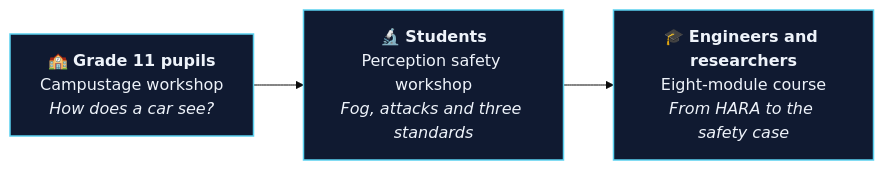
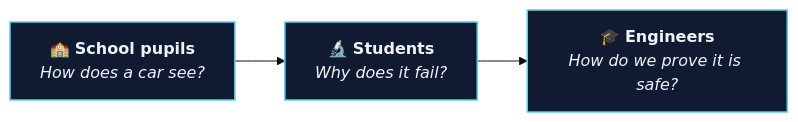
The diagram in README.md (milinpatel07/milinpatel07), drawn with Mermaid (base theme) before and after one commit. The commit also changed other lines of this file and 5 other files, not shown here.

````diff
--- a/README.md
+++ b/README.md
@@ -148,7 +105,7 @@
 ```mermaid
 flowchart LR
-    A["🏫 <b>Grade 11 pupils</b><br/>Campustage workshop<br/><i>How does a car see?</i>"] --> B["🔬 <b>Students</b><br/>Perception safety workshop<br/><i>Fog, attacks and three standards</i>"]
-    B --> C["🎓 <b>Engineers and researchers</b><br/>Eight-module course<br/><i>From HARA to the safety case</i>"]
+    A["🏫 <b>School pupils</b><br/><i>How does a car see?</i>"] --> B["🔬 <b>Students</b><br/><i>Why does it fail?</i>"]
+    B --> C["🎓 <b>Engineers</b><br/><i>How do we prove it is safe?</i>"]
     classDef s fill:#101a31,stroke:#5ad1f0,color:#eef3fa,stroke-width:1.5px
     class A,B,C s
 ```
````
